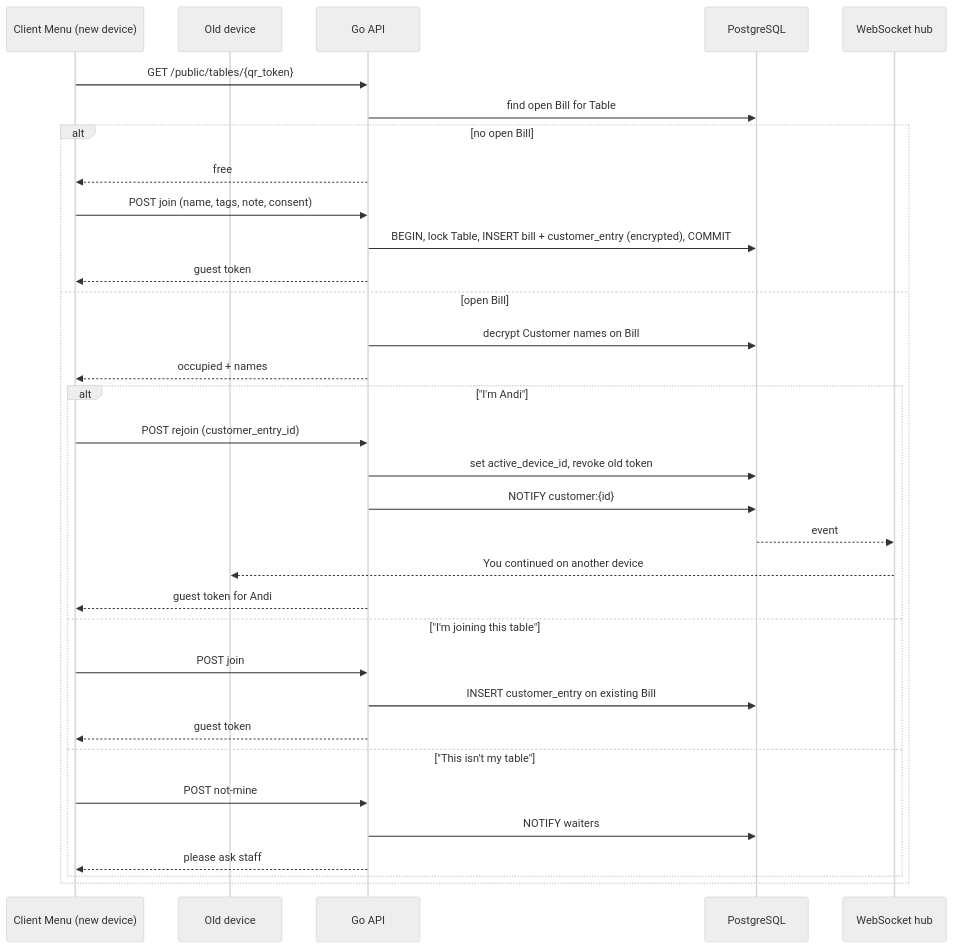
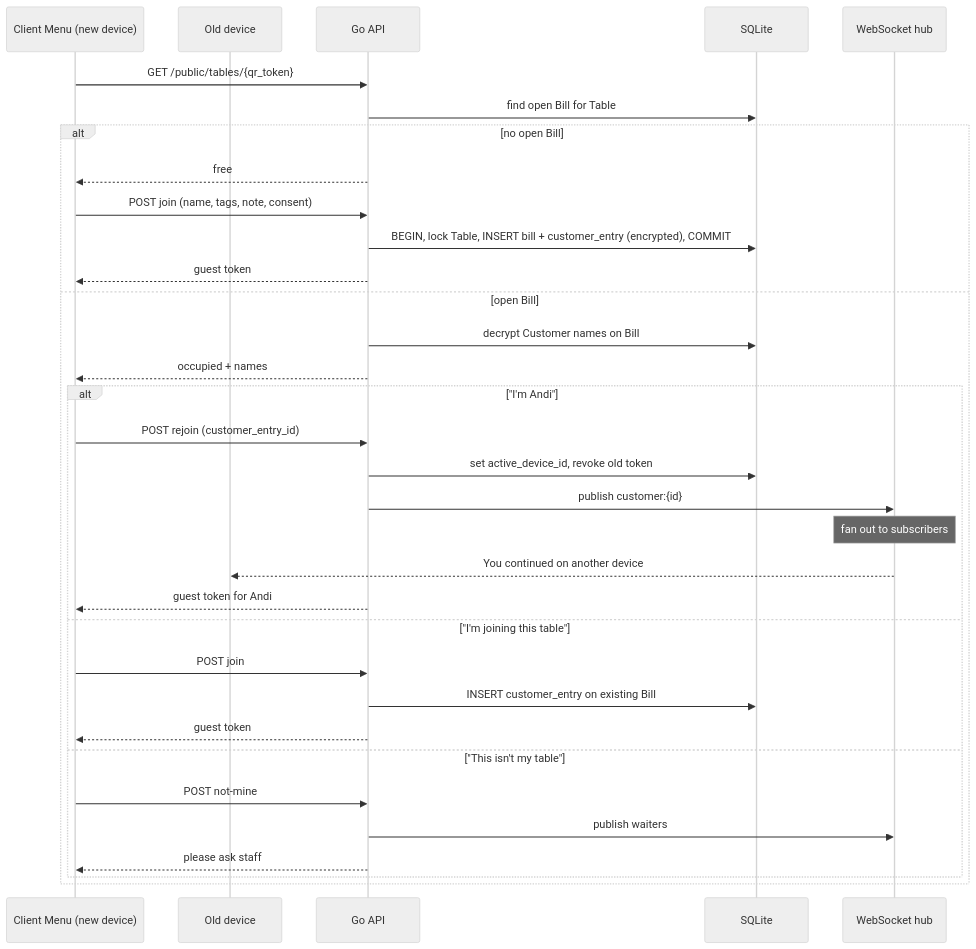
Before and after one commit to morpikssolutionsDev/Shusi_latte: diagram 26 of 35 in docs/OVERVIEW-AND-FLOWS.md, drawn with Mermaid (neutral theme). The commit also changed other lines of this file and 105 other files, not shown here.

````diff
--- a/docs/OVERVIEW-AND-FLOWS.md
+++ b/docs/OVERVIEW-AND-FLOWS.md
@@ -665,35 +667,35 @@
 ```mermaid
 sequenceDiagram
   participant C as Client Menu (new device)
   participant O as Old device
   participant API as Go API
-  participant DB as PostgreSQL
+  participant DB as SQLite
   participant HUB as WebSocket hub
   C->>API: GET /public/tables/{qr_token}
   API->>DB: find open Bill for Table
   alt no open Bill
     API-->>C: free
     C->>API: POST join (name, tags, note, consent)
     API->>DB: BEGIN, lock Table, INSERT bill + customer_entry (encrypted), COMMIT
     API-->>C: guest token
   else open Bill
     API->>DB: decrypt Customer names on Bill
     API-->>C: occupied + names
     alt "I'm Andi"
       C->>API: POST rejoin (customer_entry_id)
       API->>DB: set active_device_id, revoke old token
-      API->>DB: NOTIFY customer:{id}
-      DB-->>HUB: event
+      API->>HUB: publish customer:{id}
+      Note over HUB: fan out to subscribers
       HUB-->>O: You continued on another device
       API-->>C: guest token for Andi
     else "I'm joining this table"
       C->>API: POST join
       API->>DB: INSERT customer_entry on existing Bill
       API-->>C: guest token
     else "This isn't my table"
       C->>API: POST not-mine
-      API->>DB: NOTIFY waiters
+      API->>HUB: publish waiters
       API-->>C: please ask staff
     end
   end
 ```
````
